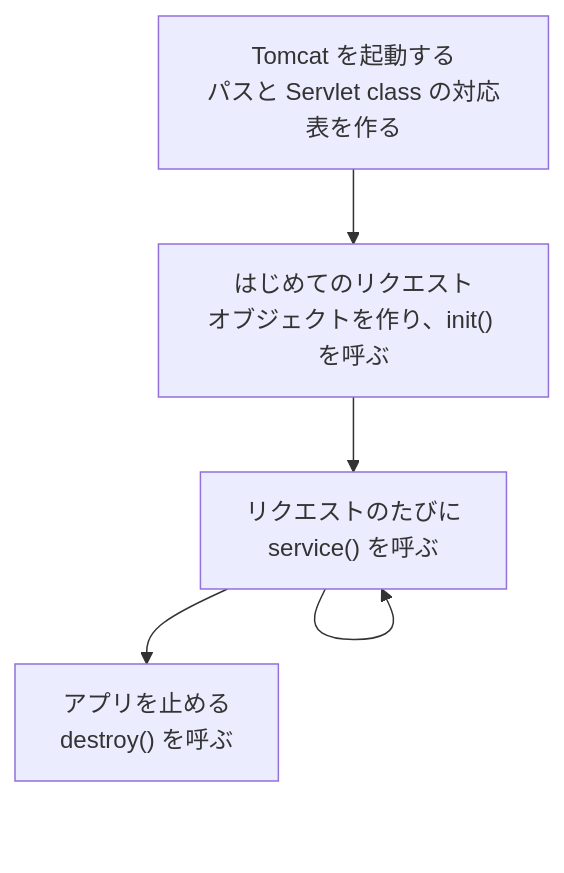
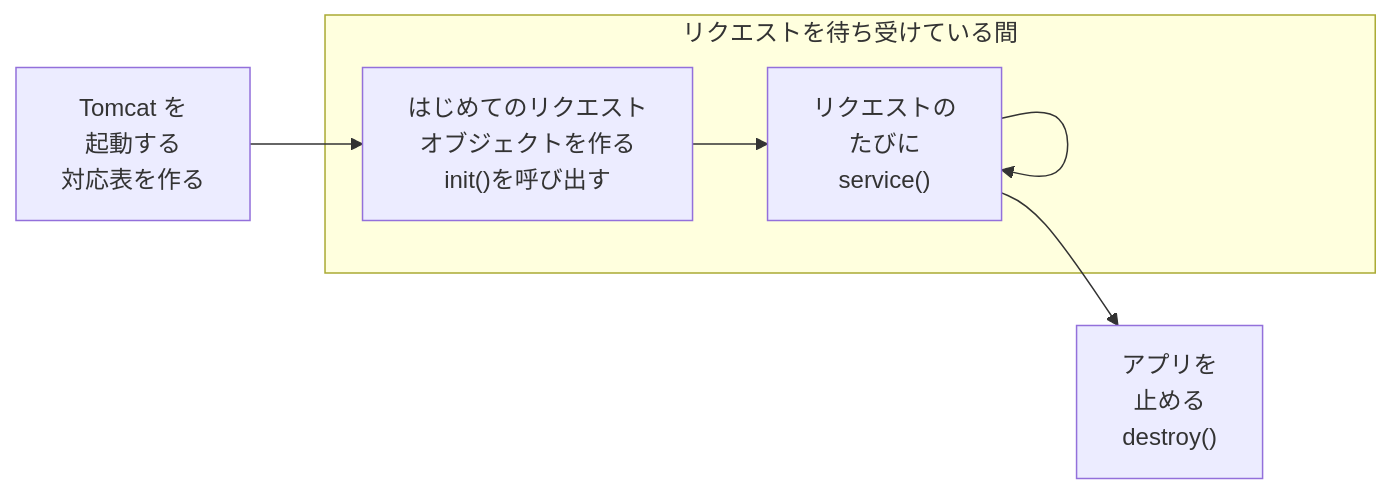
The diagram in servlet/03-servlet-invocation/02-request-flow.md (Appricot144/teaching-material), drawn with Mermaid before and after one commit. The commit also changed other lines of this file and 4 other files, not shown here.

````diff
--- a/servlet/03-servlet-invocation/02-request-flow.md
+++ b/servlet/03-servlet-invocation/02-request-flow.md
@@ -13,10 +13,13 @@
 ```mermaid
-flowchart TB
-    A["Tomcat を起動する<br/>パスと Servlet class の対応表を作る"]
-    B["はじめてのリクエスト<br/>オブジェクトを作り、init() を呼ぶ"]
-    C["リクエストのたびに<br/>service() を呼ぶ"]
-    D["アプリを止める<br/>destroy() を呼ぶ"]
-    A --> B --> C
-    C --> C
+flowchart LR
+    A["Tomcat を<br/>起動する<br/>対応表を作る"]
+    subgraph W["リクエストを待ち受けている間"]
+        B["はじめてのリクエスト<br/>オブジェクトを作る<br/>init()を呼び出す"]
+        C["リクエストの<br/>たびに<br/>service()"]
+        B --> C
+        C --> C
+    end
+    D["アプリを<br/>止める<br/>destroy()"]
+    A --> B
     C --> D
 ```
````
